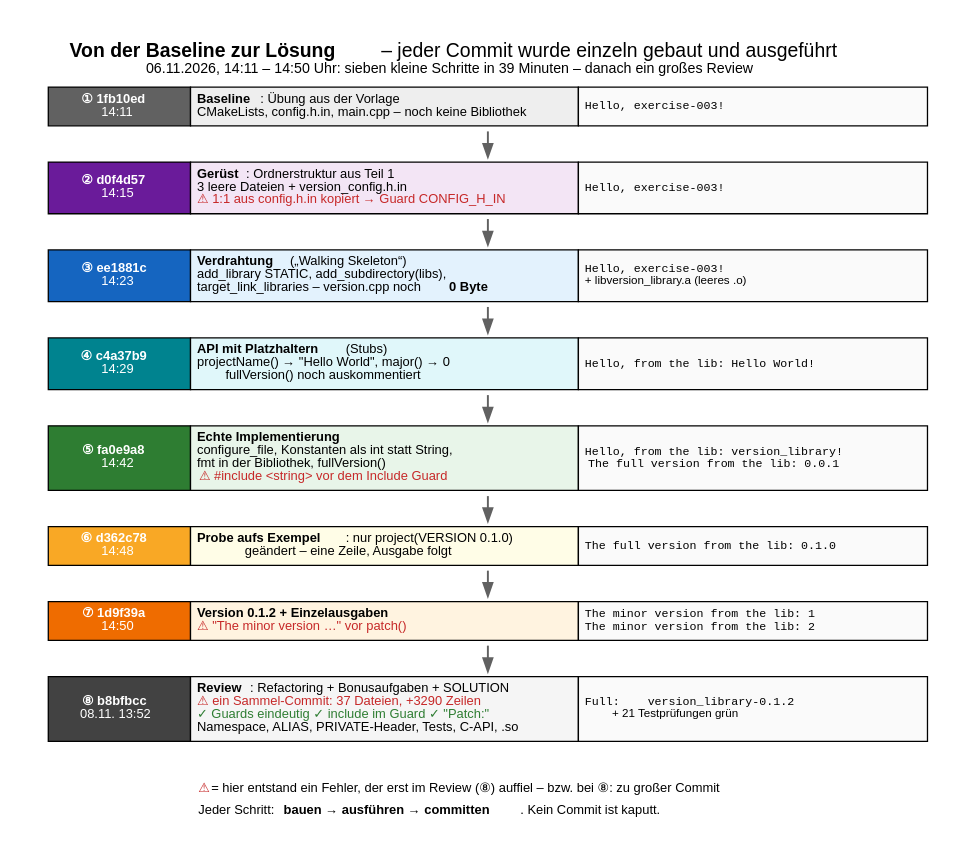
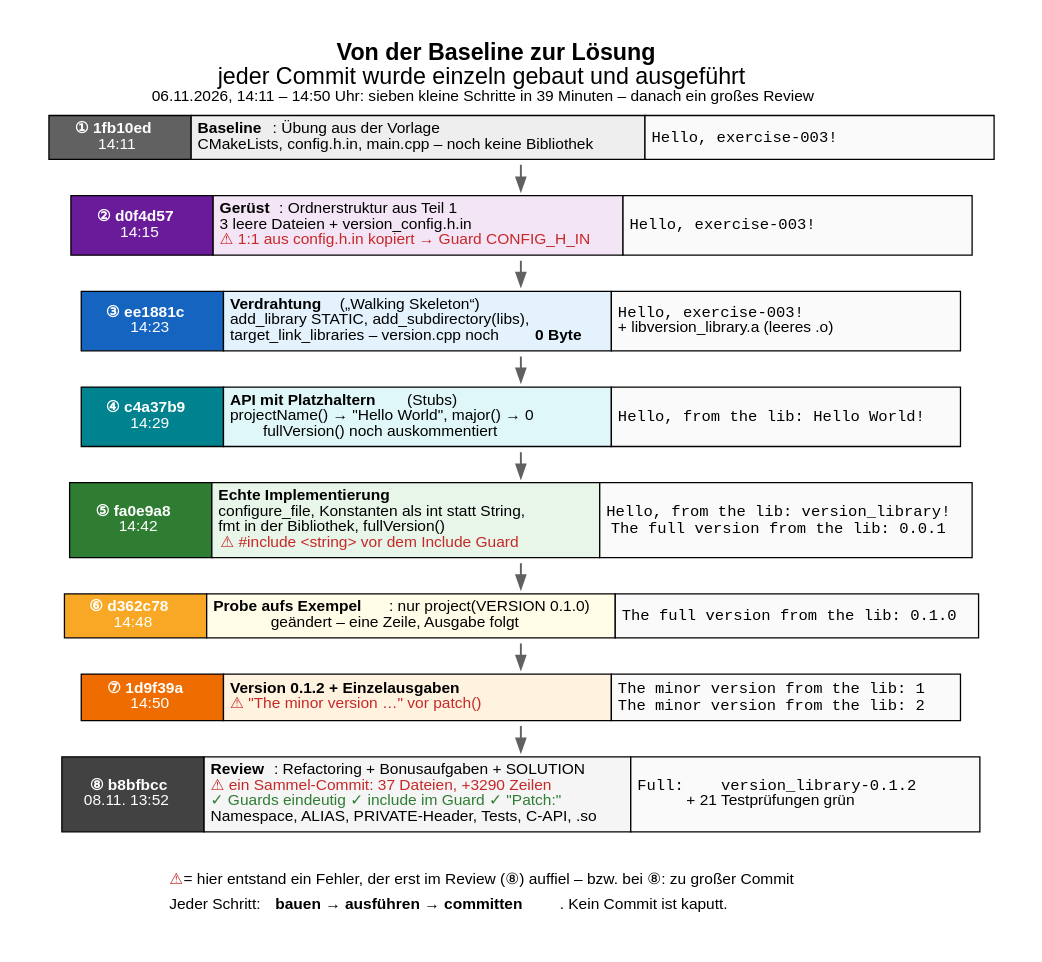
Before and after one commit to graugans/tea24: the diagram in exercise-003/doc/12_git_history.dot, drawn with Graphviz. The commit also changed 57 other files, not shown here.

First line of the commit message:
docs: make diagram text readable at page width

```diff
--- a/exercise-003/doc/12_git_history.dot
+++ b/exercise-003/doc/12_git_history.dot
@@ -1,67 +1,67 @@
 // Wie Übung 003 iterativ entstanden ist – jeder Commit baut und läuft (geprüft mit git archive + cmake)
 digraph history {
     rankdir=TB;
     graph [fontname="Helvetica", bgcolor="white", pad=0.3, nodesep=0.3, ranksep=0.28,
-           label=<<b>Von der Baseline zur Lösung</b> – jeder Commit wurde einzeln gebaut und ausgeführt<br/><font point-size="11">06.11.2026, 14:11 – 14:50 Uhr: sieben kleine Schritte in 39 Minuten – danach ein großes Review</font>>,
-           labelloc=t, fontsize=15];
-    node [fontname="Helvetica", fontsize=10, shape=plaintext];
-    edge [fontname="Helvetica", fontsize=9, color="#616161", penwidth=1.5];
+           label=<<b>Von der Baseline zur Lösung</b><br/>jeder Commit wurde einzeln gebaut und ausgeführt<br/><font point-size="12">06.11.2026, 14:11 – 14:50 Uhr: sieben kleine Schritte in 39 Minuten – danach ein großes Review</font>>,
+           labelloc=t, fontsize=18];
+    node [fontname="Helvetica", fontsize=12, shape=plaintext];
+    edge [fontname="Helvetica", fontsize=12, color="#616161", penwidth=1.5];
 
     s1 [label=<
       <table border="0" cellborder="1" cellspacing="0" cellpadding="4">
         <tr><td bgcolor="#616161" width="110"><font color="white"><b>① 1fb10ed</b><br/>14:11</font></td>
             <td bgcolor="#eeeeee" align="left" width="300"><b>Baseline</b>: Übung aus der Vorlage<br align="left"/>CMakeLists, config.h.in, main.cpp – noch keine Bibliothek</td>
-            <td bgcolor="#fafafa" align="left" width="270"><font face="Courier" point-size="9">Hello, exercise-003!</font></td></tr>
+            <td bgcolor="#fafafa" align="left" width="270"><font face="Courier" point-size="12">Hello, exercise-003!</font></td></tr>
       </table>>];
     s2 [label=<
       <table border="0" cellborder="1" cellspacing="0" cellpadding="4">
         <tr><td bgcolor="#6a1b9a" width="110"><font color="white"><b>② d0f4d57</b><br/>14:15</font></td>
             <td bgcolor="#f3e5f5" align="left" width="300"><b>Gerüst</b>: Ordnerstruktur aus Teil 1<br align="left"/>3 leere Dateien + version_config.h.in<br align="left"/><font color="#c62828">⚠ 1:1 aus config.h.in kopiert → Guard CONFIG_H_IN</font></td>
-            <td bgcolor="#fafafa" align="left" width="270"><font face="Courier" point-size="9">Hello, exercise-003!</font></td></tr>
+            <td bgcolor="#fafafa" align="left" width="270"><font face="Courier" point-size="12">Hello, exercise-003!</font></td></tr>
       </table>>];
     s3 [label=<
       <table border="0" cellborder="1" cellspacing="0" cellpadding="4">
         <tr><td bgcolor="#1565c0" width="110"><font color="white"><b>③ ee1881c</b><br/>14:23</font></td>
             <td bgcolor="#e3f2fd" align="left" width="300"><b>Verdrahtung</b> („Walking Skeleton“)<br align="left"/>add_library STATIC, add_subdirectory(libs),<br align="left"/>target_link_libraries – version.cpp noch <b>0 Byte</b></td>
-            <td bgcolor="#fafafa" align="left" width="270"><font face="Courier" point-size="9">Hello, exercise-003!</font><br align="left"/><font point-size="9">+ libversion_library.a (leeres .o)</font></td></tr>
+            <td bgcolor="#fafafa" align="left" width="270"><font face="Courier" point-size="12">Hello, exercise-003!</font><br align="left"/><font point-size="12">+ libversion_library.a (leeres .o)</font></td></tr>
       </table>>];
     s4 [label=<
       <table border="0" cellborder="1" cellspacing="0" cellpadding="4">
         <tr><td bgcolor="#00838f" width="110"><font color="white"><b>④ c4a37b9</b><br/>14:29</font></td>
             <td bgcolor="#e0f7fa" align="left" width="300"><b>API mit Platzhaltern</b> (Stubs)<br align="left"/>projectName() → "Hello World", major() → 0<br align="left"/>fullVersion() noch auskommentiert</td>
-            <td bgcolor="#fafafa" align="left" width="270"><font face="Courier" point-size="9">Hello, from the lib: Hello World!</font></td></tr>
+            <td bgcolor="#fafafa" align="left" width="270"><font face="Courier" point-size="12">Hello, from the lib: Hello World!</font></td></tr>
       </table>>];
     s5 [label=<
       <table border="0" cellborder="1" cellspacing="0" cellpadding="4">
         <tr><td bgcolor="#2e7d32" width="110"><font color="white"><b>⑤ fa0e9a8</b><br/>14:42</font></td>
             <td bgcolor="#e8f5e9" align="left" width="300"><b>Echte Implementierung</b><br align="left"/>configure_file, Konstanten als int statt String,<br align="left"/>fmt in der Bibliothek, fullVersion()<br align="left"/><font color="#c62828">⚠ #include &lt;string&gt; vor dem Include Guard</font></td>
-            <td bgcolor="#fafafa" align="left" width="270"><font face="Courier" point-size="9">Hello, from the lib: version_library!<br align="left"/>The full version from the lib: 0.0.1</font></td></tr>
+            <td bgcolor="#fafafa" align="left" width="270"><font face="Courier" point-size="12">Hello, from the lib: version_library!<br align="left"/>The full version from the lib: 0.0.1</font></td></tr>
       </table>>];
     s6 [label=<
       <table border="0" cellborder="1" cellspacing="0" cellpadding="4">
         <tr><td bgcolor="#f9a825" width="110"><font color="white"><b>⑥ d362c78</b><br/>14:48</font></td>
             <td bgcolor="#fffde7" align="left" width="300"><b>Probe aufs Exempel</b>: nur project(VERSION 0.1.0)<br align="left"/>geändert – eine Zeile, Ausgabe folgt</td>
-            <td bgcolor="#fafafa" align="left" width="270"><font face="Courier" point-size="9">The full version from the lib: 0.1.0</font></td></tr>
+            <td bgcolor="#fafafa" align="left" width="270"><font face="Courier" point-size="12">The full version from the lib: 0.1.0</font></td></tr>
       </table>>];
     s7 [label=<
       <table border="0" cellborder="1" cellspacing="0" cellpadding="4">
         <tr><td bgcolor="#ef6c00" width="110"><font color="white"><b>⑦ 1d9f39a</b><br/>14:50</font></td>
             <td bgcolor="#fff3e0" align="left" width="300"><b>Version 0.1.2 + Einzelausgaben</b><br align="left"/><font color="#c62828">⚠ "The minor version …" vor patch()</font></td>
-            <td bgcolor="#fafafa" align="left" width="270"><font face="Courier" point-size="9">The minor version from the lib: 1<br align="left"/>The minor version from the lib: 2</font></td></tr>
+            <td bgcolor="#fafafa" align="left" width="270"><font face="Courier" point-size="12">The minor version from the lib: 1<br align="left"/>The minor version from the lib: 2</font></td></tr>
       </table>>];
     s8 [label=<
       <table border="0" cellborder="1" cellspacing="0" cellpadding="4">
         <tr><td bgcolor="#424242" width="110"><font color="white"><b>⑧ b8bfbcc</b><br/>08.11. 13:52</font></td>
             <td bgcolor="#f5f5f5" align="left" width="300"><b>Review</b>: Refactoring + Bonusaufgaben + SOLUTION<br align="left"/><font color="#c62828">⚠ ein Sammel-Commit: 37 Dateien, +3290 Zeilen</font><br align="left"/><font color="#2e7d32">✓ Guards eindeutig ✓ include im Guard ✓ "Patch:"</font><br align="left"/>Namespace, ALIAS, PRIVATE-Header, Tests, C-API, .so</td>
-            <td bgcolor="#fafafa" align="left" width="270"><font face="Courier" point-size="9">Full:    version_library-0.1.2</font><br align="left"/><font point-size="9">+ 21 Testprüfungen grün</font></td></tr>
+            <td bgcolor="#fafafa" align="left" width="270"><font face="Courier" point-size="12">Full:    version_library-0.1.2</font><br align="left"/><font point-size="12">+ 21 Testprüfungen grün</font></td></tr>
       </table>>];
 
     s1 -> s2 -> s3 -> s4 -> s5 -> s6 -> s7 -> s8;
 
     legend [label=<
       <table border="0" cellborder="0" cellspacing="2" cellpadding="2">
         <tr><td align="left"><font color="#c62828">⚠</font> = hier entstand ein Fehler, der erst im Review (⑧) auffiel – bzw. bei ⑧: zu großer Commit</td></tr>
         <tr><td align="left">Jeder Schritt: <b>bauen → ausführen → committen</b>. Kein Commit ist kaputt.</td></tr>
       </table>>];
     s8 -> legend [style=invis];
 }
```
